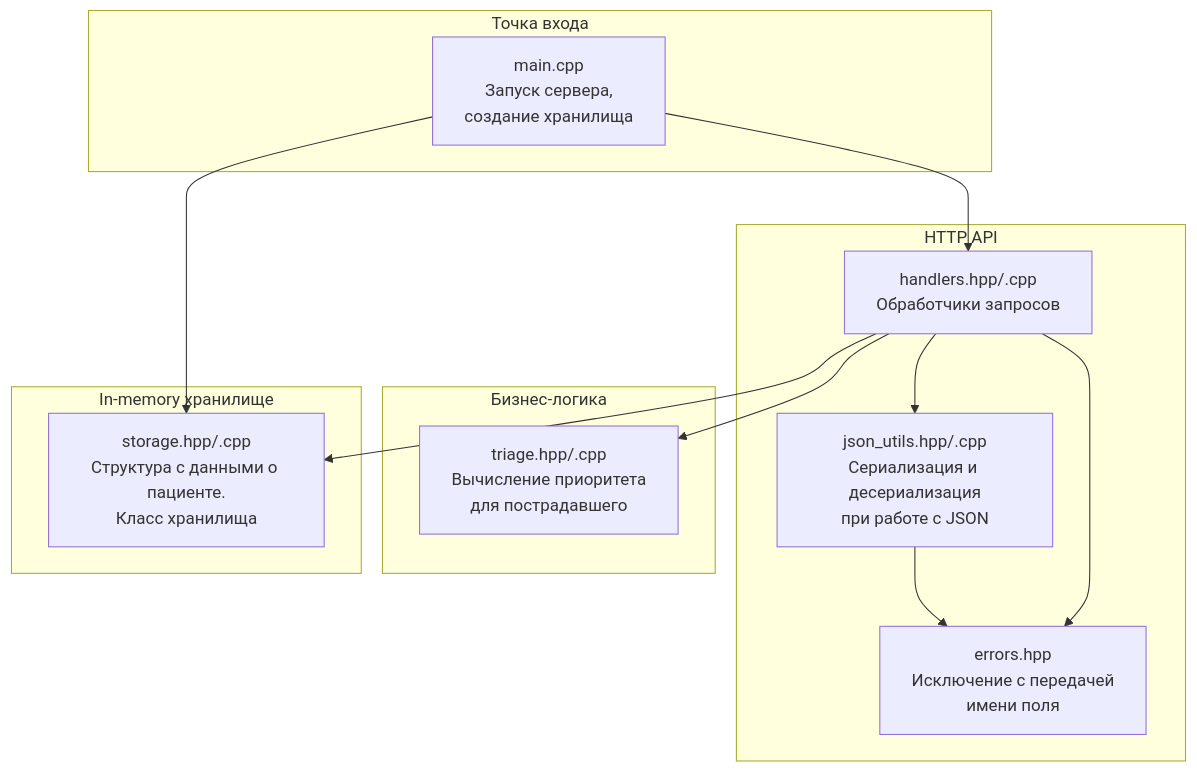
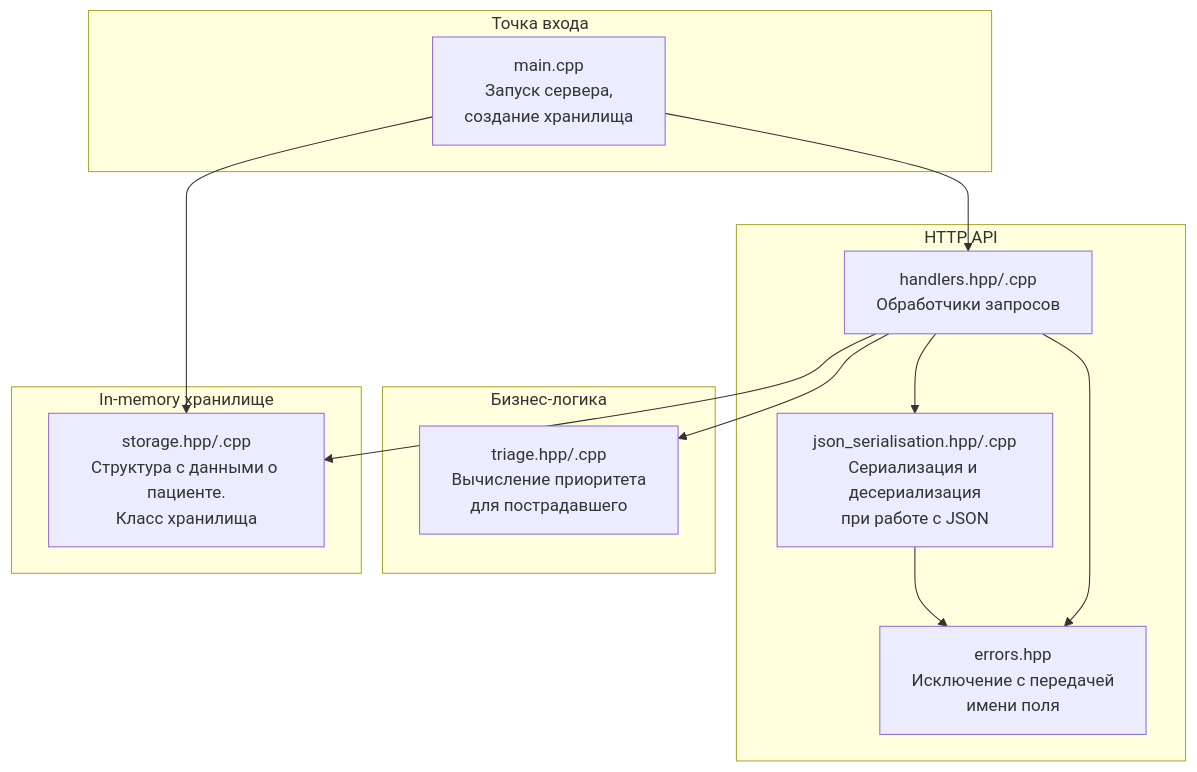
One commit to V1aDD05/emergency-triage-backend changed the diagram in docs/architecture.md. Above: the diagram before and after it, drawn with Mermaid.

Commit message:
docs(architecture.md): updated scheme with new json_serialisation file names

````diff
--- a/docs/architecture.md
+++ b/docs/architecture.md
@@ -8,29 +8,29 @@
 ```mermaid
 flowchart TD
     subgraph "Точка входа"
         M["main.cpp\nЗапуск сервера,\nсоздание хранилища"]
     end
 
     subgraph "HTTP API"
         A["handlers.hpp/.cpp\nОбработчики запросов"]
-        B["json_utils.hpp/.cpp\nСериализация и десериализация\nпри работе с JSON"]
+        B["json_serialisation.hpp/.cpp\nСериализация и десериализация\nпри работе с JSON"]
         C["errors.hpp\nИсключение с передачей\nимени поля"]
     end
 
     subgraph "Бизнес-логика"
         D["triage.hpp/.cpp\nВычисление приоритета\nдля пострадавшего"]
     end
 
     subgraph "In-memory хранилище"
         E["storage.hpp/.cpp\nСтруктура с данными о пациенте.\nКласс хранилища"]
     end
 
     M --> A
     M --> E
     A --> B
     B --> C
     A --> C
     A --> D
     A --> E
 
 ```
````
